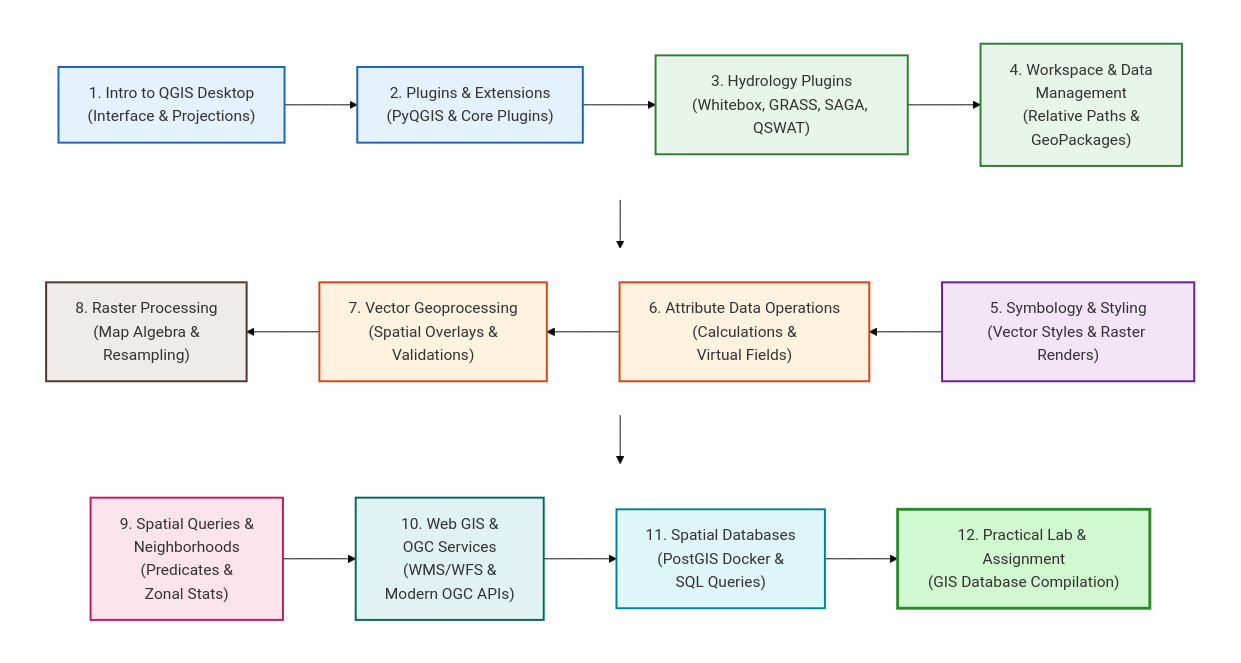
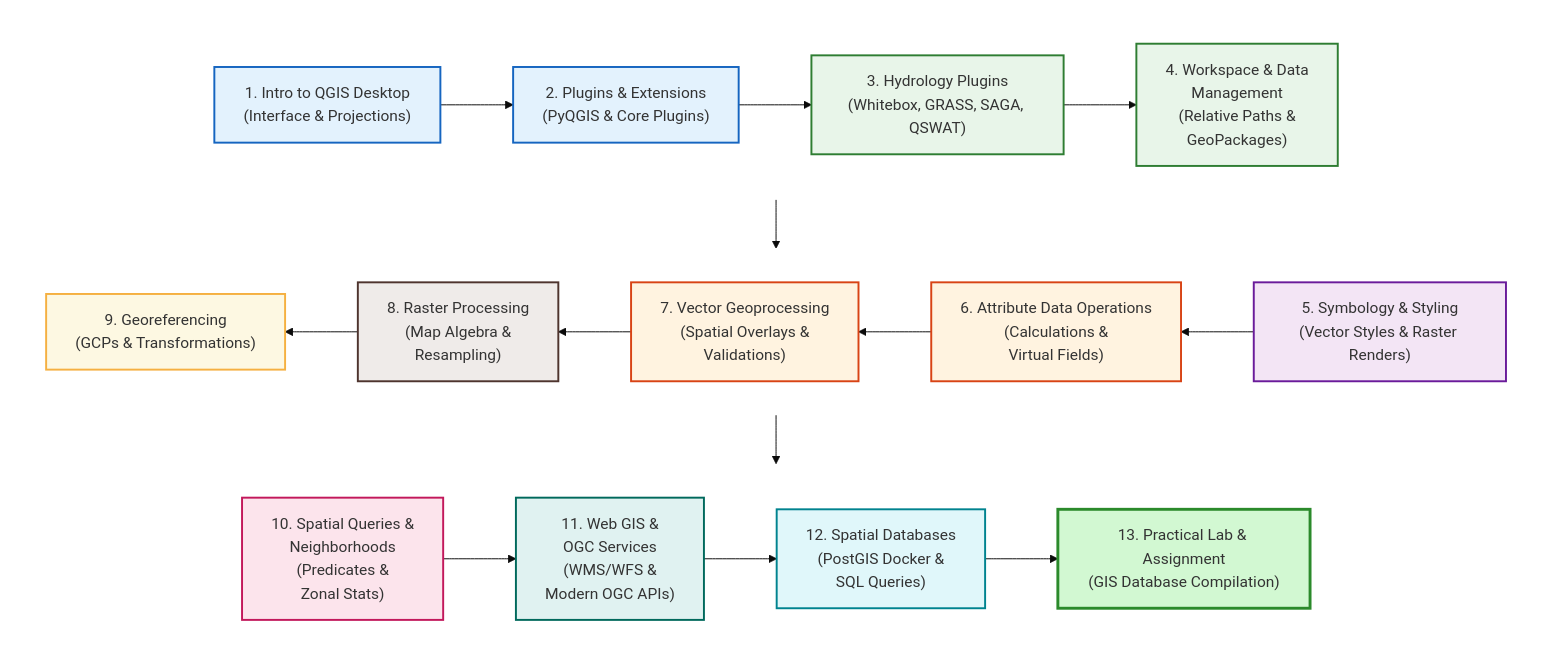
The diagram in docs/day3/index.md (Rotten-Grapes-Pvt-Ltd/QGIS-WECS), drawn with Mermaid (base theme) before and after one commit. The commit also changed other lines of this file and 32 other files, not shown here.

````diff
--- a/docs/day3/index.md
+++ b/docs/day3/index.md
@@ -35,34 +35,35 @@
 ```mermaid
 flowchart TD
     subgraph Row1 [" "]
         direction LR
         M1["1. Intro to QGIS Desktop<br/>(Interface & Projections)"] --> M2["2. Plugins & Extensions<br/>(PyQGIS & Core Plugins)"] --> M3["3. Hydrology Plugins<br/>(Whitebox, GRASS, SAGA, QSWAT)"] --> M4["4. Workspace & Data <br> Management<br/>(Relative Paths & <br> GeoPackages)"]
     end
     subgraph Row2 [" "]
         direction RL
-        M5["5. Symbology & Styling<br/>(Vector Styles & Raster Renders)"] --> M6["6. Attribute Data Operations<br/>(Calculations & <br> Virtual Fields)"] --> M7["7. Vector Geoprocessing<br/>(Spatial Overlays & <br> Validations)"] --> M8["8. Raster Processing<br/>(Map Algebra & <br> Resampling)"]
+        M5["5. Symbology & Styling<br/>(Vector Styles & Raster Renders)"] --> M6["6. Attribute Data Operations<br/>(Calculations & <br> Virtual Fields)"] --> M7["7. Vector Geoprocessing<br/>(Spatial Overlays & <br> Validations)"] --> M8["8. Raster Processing<br/>(Map Algebra & <br> Resampling)"] --> M9["9. Georeferencing<br/>(GCPs & Transformations)"]
     end
     subgraph Row3 [" "]
         direction LR
-        M9["9. Spatial Queries & <br> Neighborhoods<br/>(Predicates & <br> Zonal Stats)"] --> M10["10. Web GIS & <br> OGC Services<br/>(WMS/WFS & <br> Modern OGC APIs)"] --> M11["11. Spatial Databases<br/>(PostGIS Docker & <br> SQL Queries)"] --> M12["12. Practical Lab & Assignment<br/>(GIS Database Compilation)"]
+        M10["10. Spatial Queries & <br> Neighborhoods<br/>(Predicates & <br> Zonal Stats)"] --> M11["11. Web GIS & <br> OGC Services<br/>(WMS/WFS & <br> Modern OGC APIs)"] --> M12["12. Spatial Databases<br/>(PostGIS Docker & <br> SQL Queries)"] --> M13["13. Practical Lab & Assignment<br/>(GIS Database Compilation)"]
     end
     M4 --> M5
-    M8 --> M9
+    M9 --> M10
 
     %% Premium styled flowchart nodes
     style M1 fill:#e3f2fd,stroke:#1565c0,stroke-width:2px
     style M2 fill:#e3f2fd,stroke:#1565c0,stroke-width:2px
     style M3 fill:#e8f5e9,stroke:#2e7d32,stroke-width:2px
     style M4 fill:#e8f5e9,stroke:#2e7d32,stroke-width:2px
     style M5 fill:#f3e5f5,stroke:#6a1b9a,stroke-width:2px
     style M6 fill:#fff3e0,stroke:#d84315,stroke-width:2px
     style M7 fill:#fff3e0,stroke:#d84315,stroke-width:2px
     style M8 fill:#efebe9,stroke:#4e342e,stroke-width:2px
-    style M9 fill:#fce4ec,stroke:#c2185b,stroke-width:2px
-    style M10 fill:#e0f2f1,stroke:#00695c,stroke-width:2px
-    style M11 fill:#e0f7fa,stroke:#00838f,stroke-width:2px
-    style M12 fill:#d2f8d2,stroke:#2b8a2b,stroke-width:3px
+    style M9 fill:#fdf8e2,stroke:#f5b041,stroke-width:2px
+    style M10 fill:#fce4ec,stroke:#c2185b,stroke-width:2px
+    style M11 fill:#e0f2f1,stroke:#00695c,stroke-width:2px
+    style M12 fill:#e0f7fa,stroke:#00838f,stroke-width:2px
+    style M13 fill:#d2f8d2,stroke:#2b8a2b,stroke-width:3px
     style Row1 fill:none,stroke:none,stroke-width:0px
     style Row2 fill:none,stroke:none,stroke-width:0px
     style Row3 fill:none,stroke:none,stroke-width:0px
 ```
````
